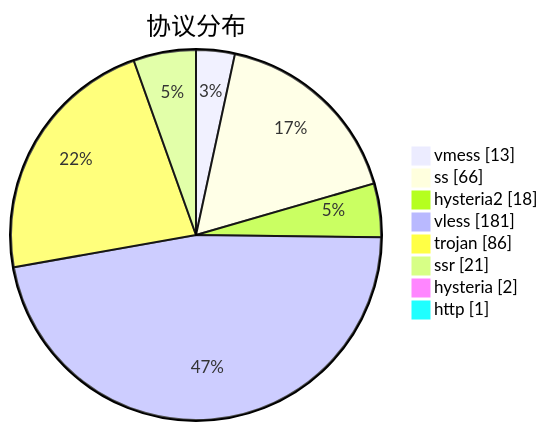
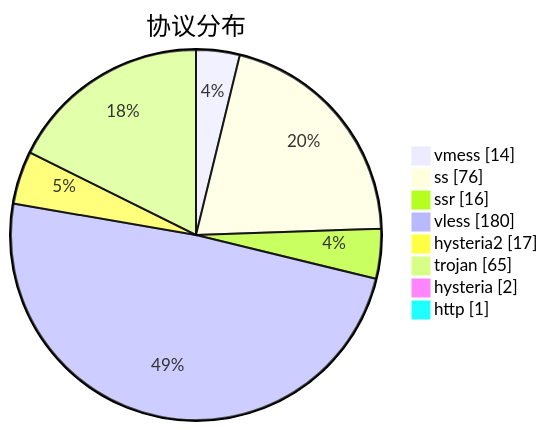
The third of 3 diagrams in subs/statistics/tested_within.md (sinspired/airport), drawn with Mermaid before and after one commit. The commit also changed other lines of this file and 2 other files, not shown here.

````diff
--- a/subs/statistics/tested_within.md
+++ b/subs/statistics/tested_within.md
@@ -47,12 +47,12 @@
 ```mermaid
 pie showData
 title 协议分布
-"vmess" : 13
-"ss" : 66
-"hysteria2" : 18
-"vless" : 181
-"trojan" : 86
-"ssr" : 21
+"vmess" : 14
+"ss" : 76
+"ssr" : 16
+"vless" : 180
+"hysteria2" : 17
+"trojan" : 65
 "hysteria" : 2
 "http" : 1
 ```
````
